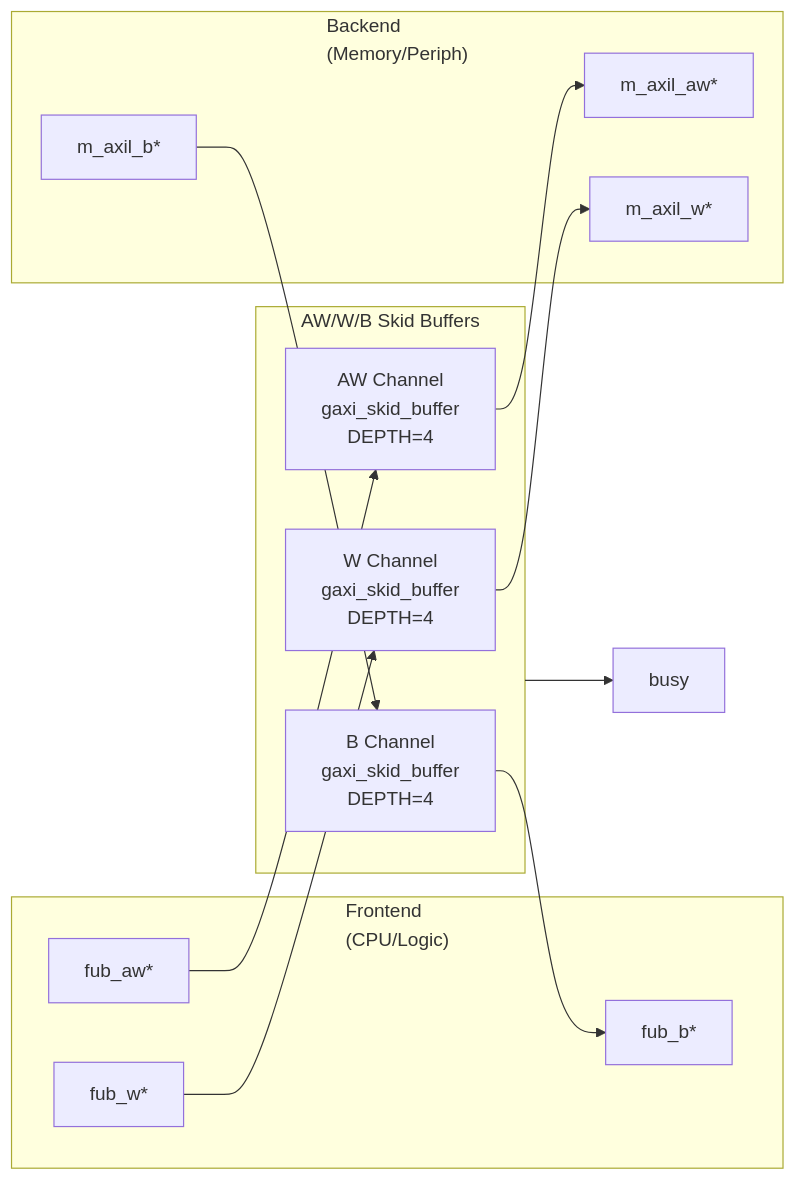
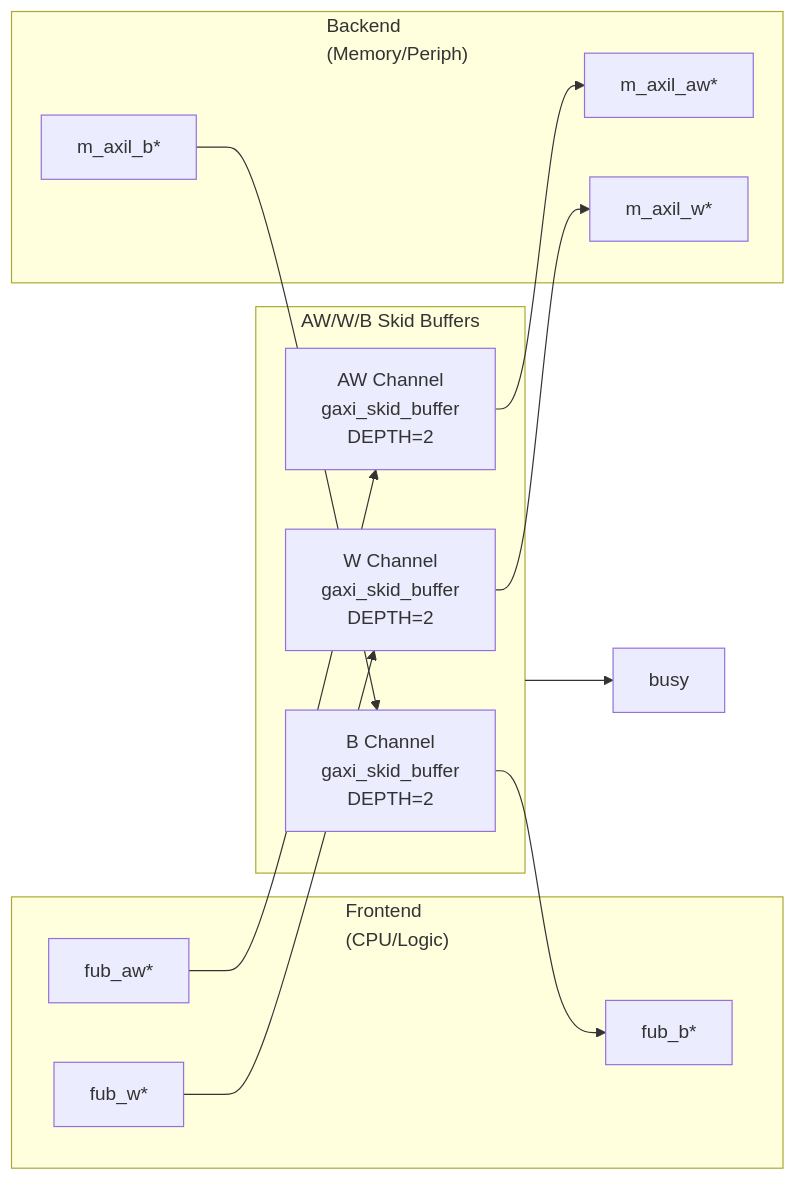
Before and after one commit to sean-galloway/RTLDesignSherpa: the diagram in docs/markdown/RTLAmba/axil4/axil4_master_wr.md, drawn with Mermaid. The commit also changed other lines of this file and 446 other files, not shown here.

````diff
--- a/docs/markdown/RTLAmba/axil4/axil4_master_wr.md
+++ b/docs/markdown/RTLAmba/axil4/axil4_master_wr.md
@@ -139,26 +143,26 @@
 ```mermaid
 flowchart LR
     subgraph FE["Frontend<br/>(CPU/Logic)"]
         faw["fub_aw*"]
         fw["fub_w*"]
         fb["fub_b*"]
     end
 
     subgraph BUF["AW/W/B Skid Buffers"]
-        aw["AW Channel<br/>gaxi_skid_buffer<br/>DEPTH=4"]
-        w["W Channel<br/>gaxi_skid_buffer<br/>DEPTH=4"]
-        b["B Channel<br/>gaxi_skid_buffer<br/>DEPTH=4"]
+        aw["AW Channel<br/>gaxi_skid_buffer<br/>DEPTH=2"]
+        w["W Channel<br/>gaxi_skid_buffer<br/>DEPTH=2"]
+        b["B Channel<br/>gaxi_skid_buffer<br/>DEPTH=2"]
     end
 
     subgraph BE["Backend<br/>(Memory/Periph)"]
         maw["m_axil_aw*"]
         mw["m_axil_w*"]
         mb["m_axil_b*"]
     end
 
     faw --> aw --> maw
     fw --> w --> mw
     mb --> b --> fb
 
     BUF --> busy["busy"]
 ```
````
